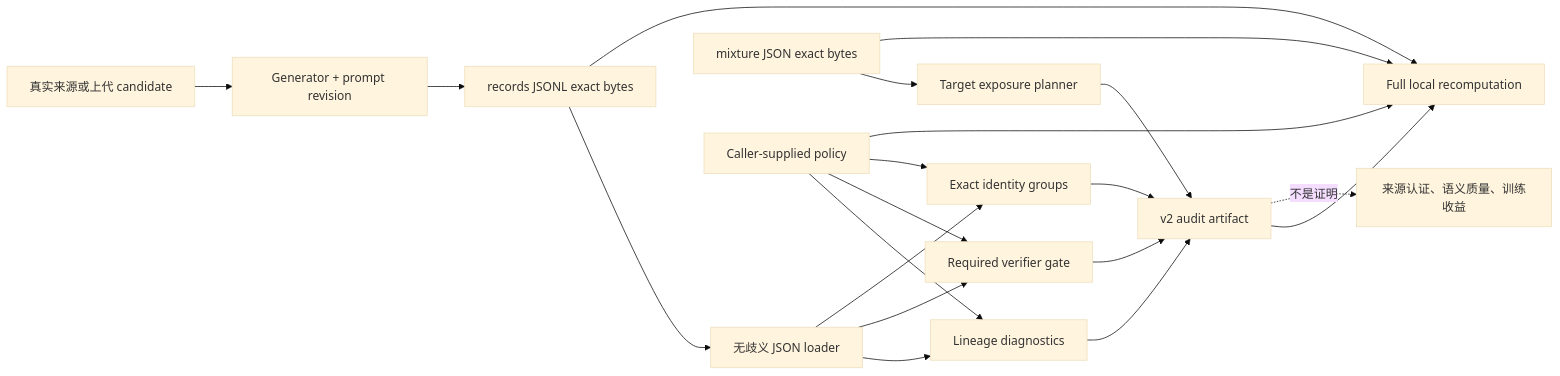
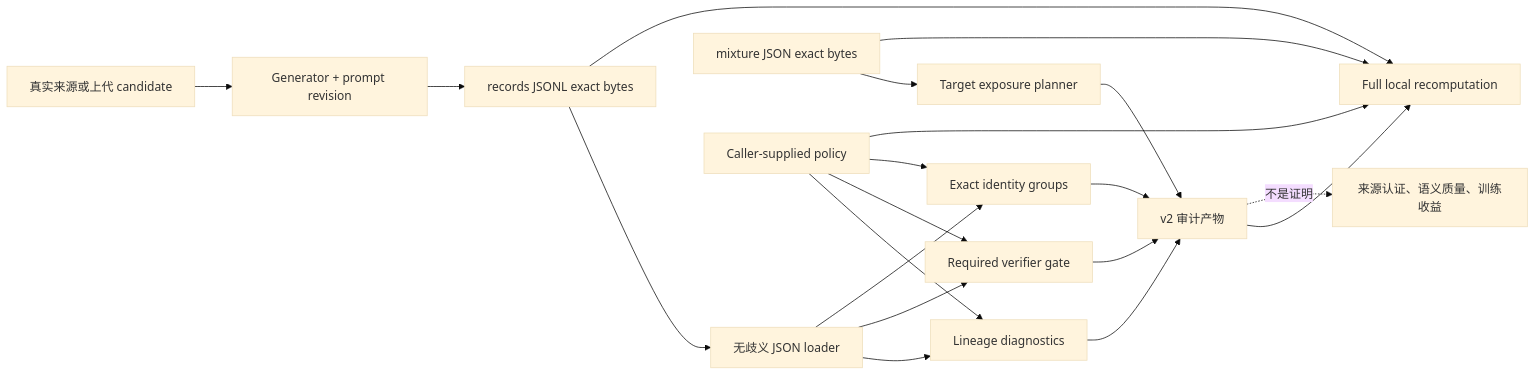
The diagram in docs/practice/projects/synthetic-data-audit.md (NightLemon/about-llm), drawn with Mermaid (base theme) before and after one commit. The commit also changed other lines of this file and 74 other files, not shown here.

````diff
--- a/docs/practice/projects/synthetic-data-audit.md
+++ b/docs/practice/projects/synthetic-data-audit.md
@@ -35,22 +35,22 @@
 ```mermaid
 flowchart LR
   A["真实来源或上代 candidate"] --> B["Generator + prompt revision"]
   B --> C["records JSONL exact bytes"]
   C --> D["无歧义 JSON loader"]
   D --> E["Lineage diagnostics"]
   D --> F["Required verifier gate"]
   D --> G["Exact identity groups"]
   H["mixture JSON exact bytes"] --> I["Target exposure planner"]
   P["Caller-supplied policy"] --> E
   P --> F
   P --> G
-  E --> R["v2 audit artifact"]
+  E --> R["v2 审计产物"]
   F --> R
   G --> R
   I --> R
   R --> V["Full local recomputation"]
   C --> V
   H --> V
   P --> V
   R -. "不是证明" .-> Q["来源认证、语义质量、训练收益"]
 ```
````
